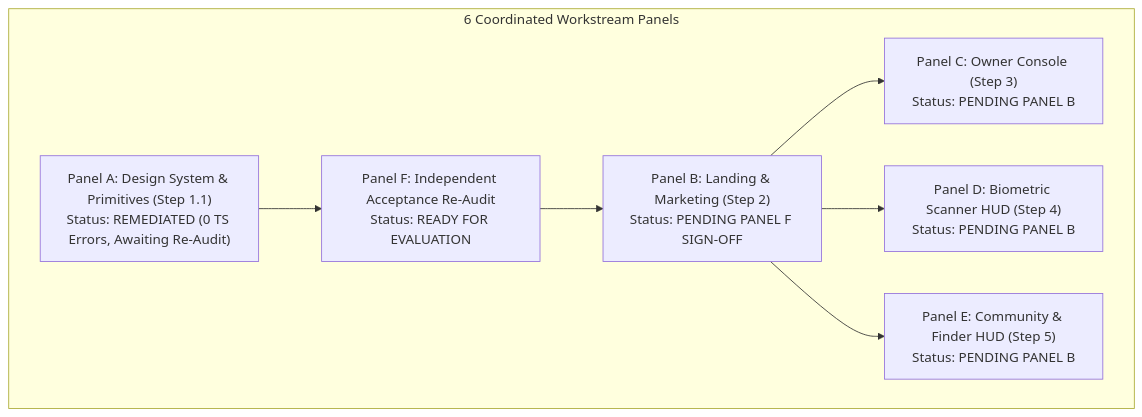
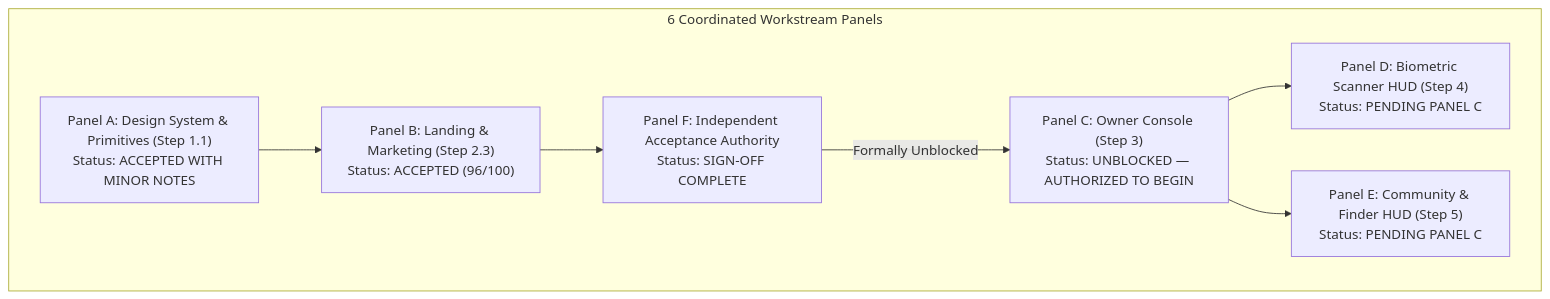
The second of 2 diagrams in docs/UI_UX_TRANSFORMATION_TRACKER.md (jimfleax/safepaws_sih), drawn with Mermaid before and after one commit. The commit also changed other lines of this file and 25 other files, not shown here.

Commit message:
feat: add PrivacySection and ScannerTeaserSection components for enhanced user transparency and biometric scanning demonstration

````diff
--- a/docs/UI_UX_TRANSFORMATION_TRACKER.md
+++ b/docs/UI_UX_TRANSFORMATION_TRACKER.md
@@ -65,16 +70,16 @@
 ```mermaid
 flowchart TD
     subgraph SixPanels["6 Coordinated Workstream Panels"]
-        PA["Panel A: Design System & Primitives (Step 1.1)\nStatus: REMEDIATED (0 TS Errors, Awaiting Re-Audit)"]
-        PF["Panel F: Independent Acceptance Re-Audit\nStatus: READY FOR EVALUATION"]
-        PB["Panel B: Landing & Marketing (Step 2)\nStatus: PENDING PANEL F SIGN-OFF"]
-        PC["Panel C: Owner Console (Step 3)\nStatus: PENDING PANEL B"]
-        PD["Panel D: Biometric Scanner HUD (Step 4)\nStatus: PENDING PANEL B"]
-        PE["Panel E: Community & Finder HUD (Step 5)\nStatus: PENDING PANEL B"]
+        PA["Panel A: Design System & Primitives (Step 1.1)\nStatus: ACCEPTED WITH MINOR NOTES"]
+        PB["Panel B: Landing & Marketing (Step 2.3)\nStatus: ACCEPTED (96/100)"]
+        PF["Panel F: Independent Acceptance Authority\nStatus: SIGN-OFF COMPLETE"]
+        PC["Panel C: Owner Console (Step 3)\nStatus: UNBLOCKED — AUTHORIZED TO BEGIN"]
+        PD["Panel D: Biometric Scanner HUD (Step 4)\nStatus: PENDING PANEL C"]
+        PE["Panel E: Community & Finder HUD (Step 5)\nStatus: PENDING PANEL C"]
     end
-    PA --> PF
-    PF --> PB
-    PB --> PC
-    PB --> PD
-    PB --> PE
+    PA --> PB
+    PB --> PF
+    PF -->|Formally Unblocked| PC
+    PC --> PD
+    PC --> PE
 ```
````
